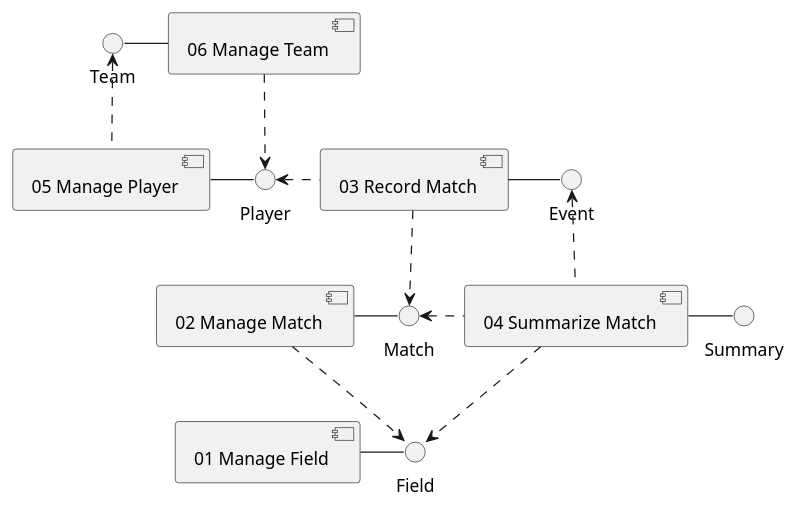
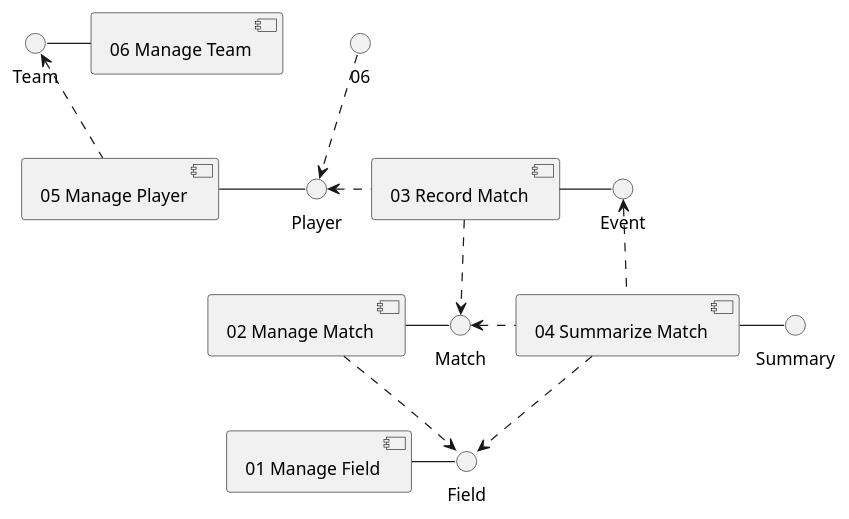
One commit to EFREI-BDX/tp-five-5 changed the diagram in repo-root/contexts-map.puml. Above: the diagram before and after it, drawn with PlantUML.

Commit message:
fix formatting in contexts-map.puml for consistent component naming

```diff
--- a/repo-root/contexts-map.puml
+++ b/repo-root/contexts-map.puml
@@ -1,40 +1,40 @@
 @startuml
 
 [01 Manage Field] as C01
 interface "Field" as Field
 C01 -right- Field
 
 [02 Manage Match] as C02
 interface "Match" as Match
 C02 -right- Match
 
 [03 Record Match] as C03
 interface "Event" as Event
 C03 -right- Event
 
 [04 Summarize Match] as C04
 interface "Summary" as Summary
 C04 -right- Summary
 
 [05 Manage Player] as C05
 interface "Player" as Player
 C05 -right- Player
 
 [06 Manage Team] as C06
 interface "Team" as Team
 C06 -left- Team
 
 C02 .down.> Field
 
 C03 .right.> Match
 C03 .left.> Player
 
 C04 .down.> Field
 C04 .left.> Match
 C04 .up.> Event
 
 C05 .up.> Team
 
-C06 .down.> Player
+06 .down.> Player
 
 @enduml
```
